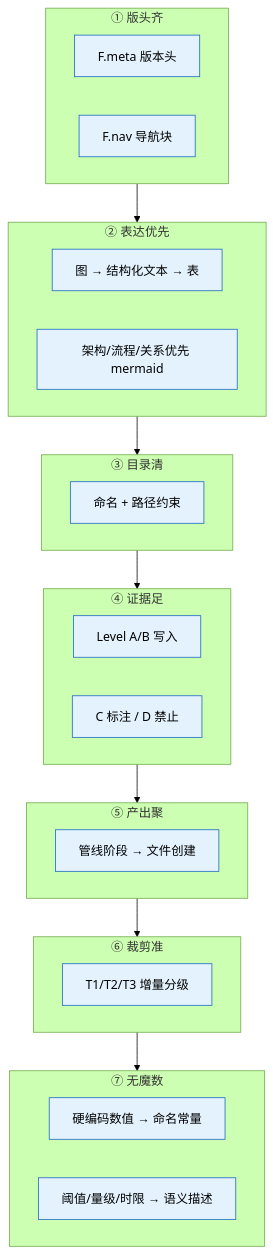
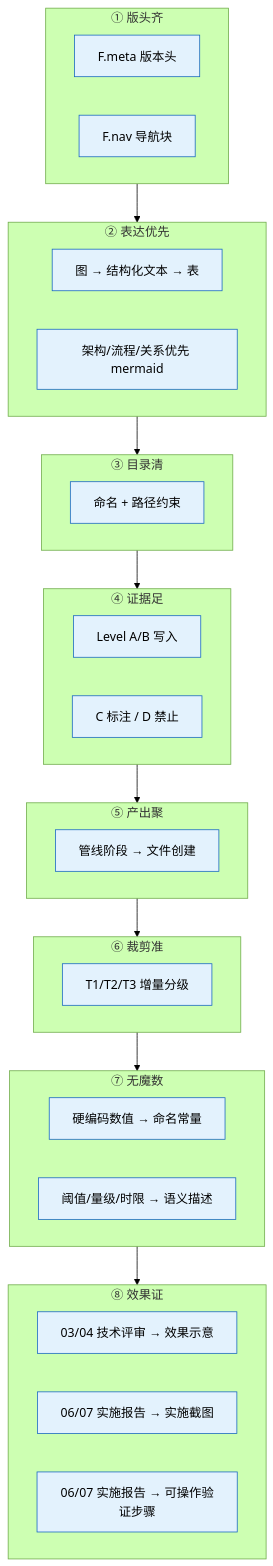
The first of 11 diagrams in rules/doc-generation.md (effiy/YrY), drawn with Mermaid (forest theme) before and after one commit. The commit also changed other lines of this file and 1 other file, not shown here.

````diff
--- a/rules/doc-generation.md
+++ b/rules/doc-generation.md
@@ -15,32 +15,37 @@
 ```mermaid
 flowchart TB
     subgraph C1["① 版头齐"]
         H1["F.meta 版本头"]:::c
         H2["F.nav 导航块"]:::c
     end
     subgraph C2["② 表达优先"]
         G1["图 → 结构化文本 → 表"]:::c
         G2["架构/流程/关系优先 mermaid"]:::c
     end
     subgraph C3["③ 目录清"]
         D1["命名 + 路径约束"]:::c
     end
     subgraph C4["④ 证据足"]
         E1["Level A/B 写入"]:::c
         E2["C 标注 / D 禁止"]:::c
     end
     subgraph C5["⑤ 产出聚"]
         O1["管线阶段 → 文件创建"]:::c
     end
     subgraph C6["⑥ 裁剪准"]
         T1["T1/T2/T3 增量分级"]:::c
     end
     subgraph C7["⑦ 无魔数"]
         N1["硬编码数值 → 命名常量"]:::c
         N2["阈值/量级/时限 → 语义描述"]:::c
     end
+    subgraph C8["⑧ 效果证"]
+        V1["03/04 技术评审 → 效果示意"]:::c
+        V2["06/07 实施报告 → 实施截图"]:::c
+        V3["06/07 实施报告 → 可操作验证步骤"]:::c
+    end
 
-    C1 --> C2 --> C3 --> C4 --> C5 --> C6 --> C7
+    C1 --> C2 --> C3 --> C4 --> C5 --> C6 --> C7 --> C8
 
     classDef c fill:#e3f2fd,stroke:#1565c0;
 ```
````
